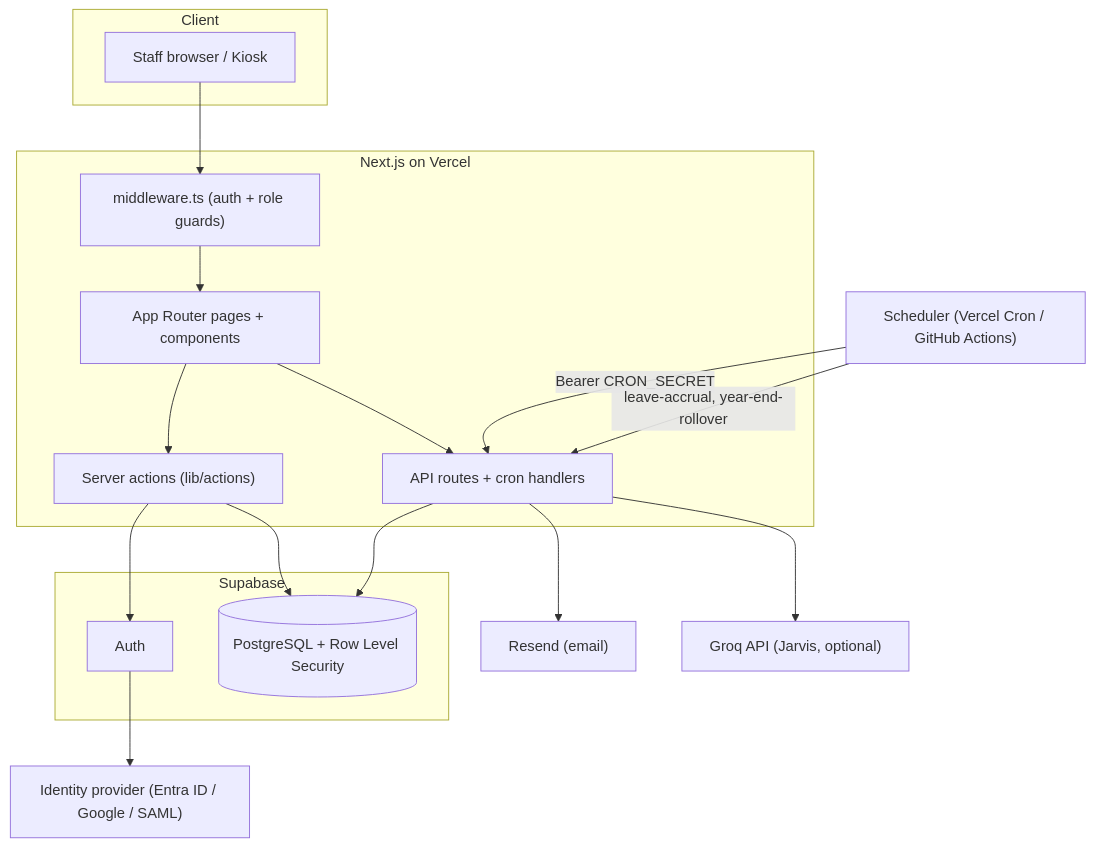
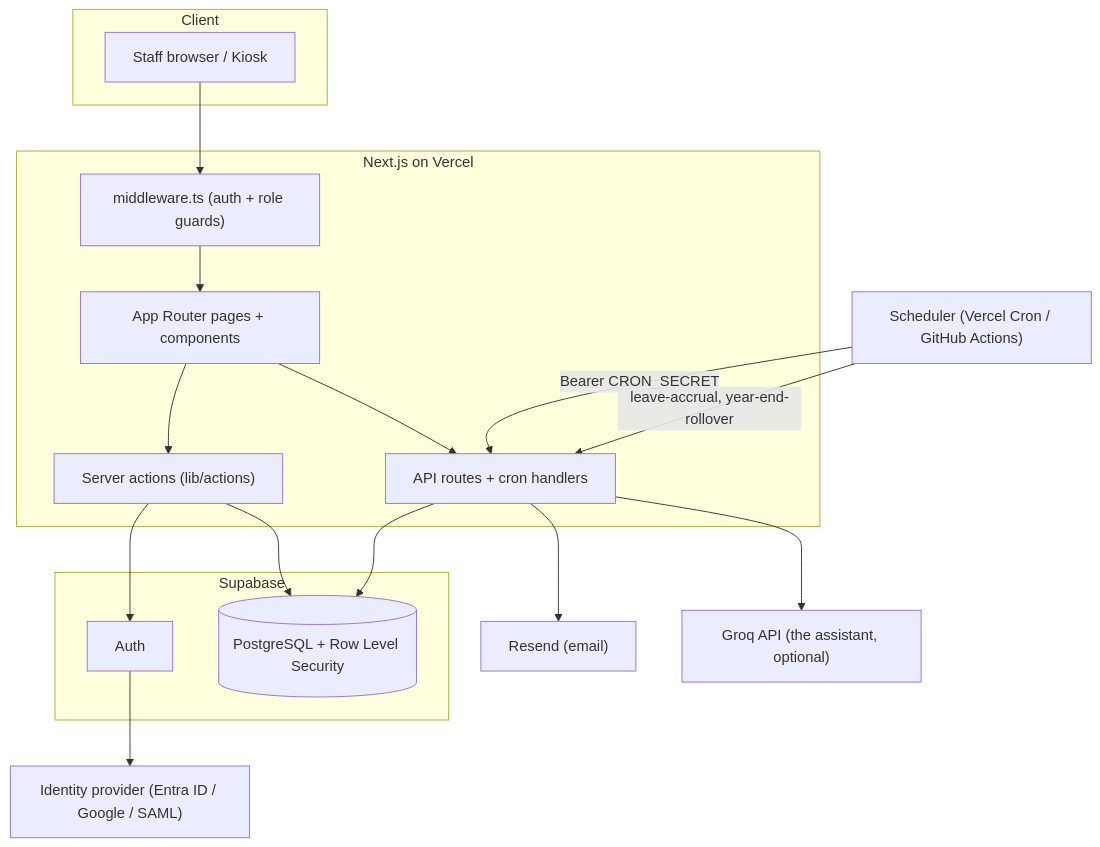
Before and after one commit to sarmakska/staff-portal: the diagram in README.md, drawn with Mermaid. The commit also changed other lines of this file and 42 other files, not shown here.

````diff
--- a/README.md
+++ b/README.md
@@ -45,31 +45,31 @@
 ```mermaid
 flowchart TD
     subgraph Client
         Browser["Staff browser / Kiosk"]
     end
     subgraph Vercel["Next.js on Vercel"]
         Pages["App Router pages + components"]
         Actions["Server actions (lib/actions)"]
         API["API routes + cron handlers"]
         MW["middleware.ts (auth + role guards)"]
     end
     subgraph Supabase
         Auth["Auth"]
         DB[("PostgreSQL + Row Level Security")]
     end
     Resend["Resend (email)"]
-    Groq["Groq API (Jarvis, optional)"]
+    Groq["Groq API (the assistant, optional)"]
     Cron["Scheduler (Vercel Cron / GitHub Actions)"]
     IdP["Identity provider (Entra ID / Google / SAML)"]
 
     Browser --> MW --> Pages
     Pages --> Actions --> DB
     Pages --> API
     Actions --> Auth
     Auth --> IdP
     API --> DB
     API --> Resend
     API --> Groq
     Cron -->|Bearer CRON_SECRET| API
     Cron -->|leave-accrual, year-end-rollover| API
 ```
````
